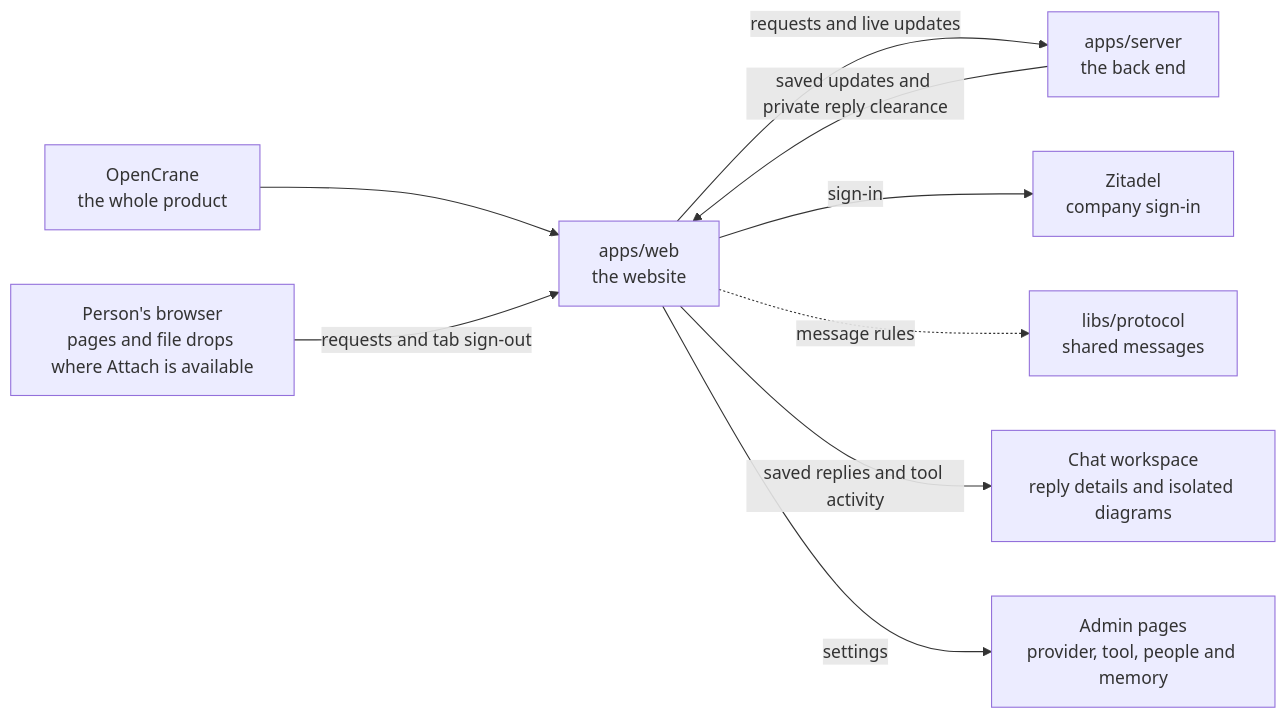
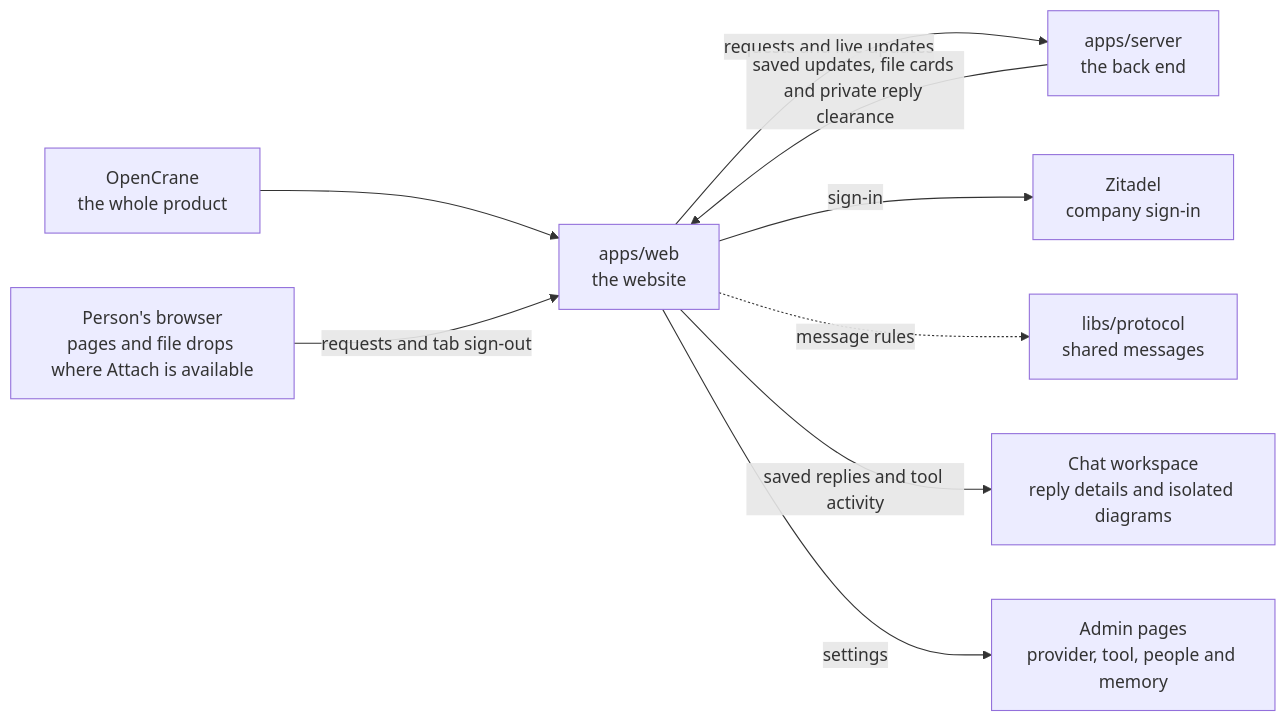
The diagram in apps/web/README.md (elewa-git/opencrane-new), drawn with Mermaid before and after one commit. The commit also changed other lines of this file and 31 other files, not shown here.

````diff
--- a/apps/web/README.md
+++ b/apps/web/README.md
@@ -16,11 +16,11 @@
 ```mermaid
 flowchart LR
   system["OpenCrane<br/>the whole product"] --> web["apps/web<br/>the website"]
   browser["Person's browser<br/>pages and file drops where Attach is available"] -->|requests and tab sign-out| web
   web -->|requests and live updates| server["apps/server<br/>the back end"]
-  server -->|saved updates and private reply clearance| web
+  server -->|saved updates, file cards and private reply clearance| web
   web -->|sign-in| zitadel["Zitadel<br/>company sign-in"]
   web -.->|message rules| protocol["libs/protocol<br/>shared messages"]
   web -->|saved replies and tool activity| capture["Chat workspace<br/>reply details and isolated diagrams"]
   web -->|settings| admin["Admin pages<br/>provider, tool, people and memory"]
 ```
````
